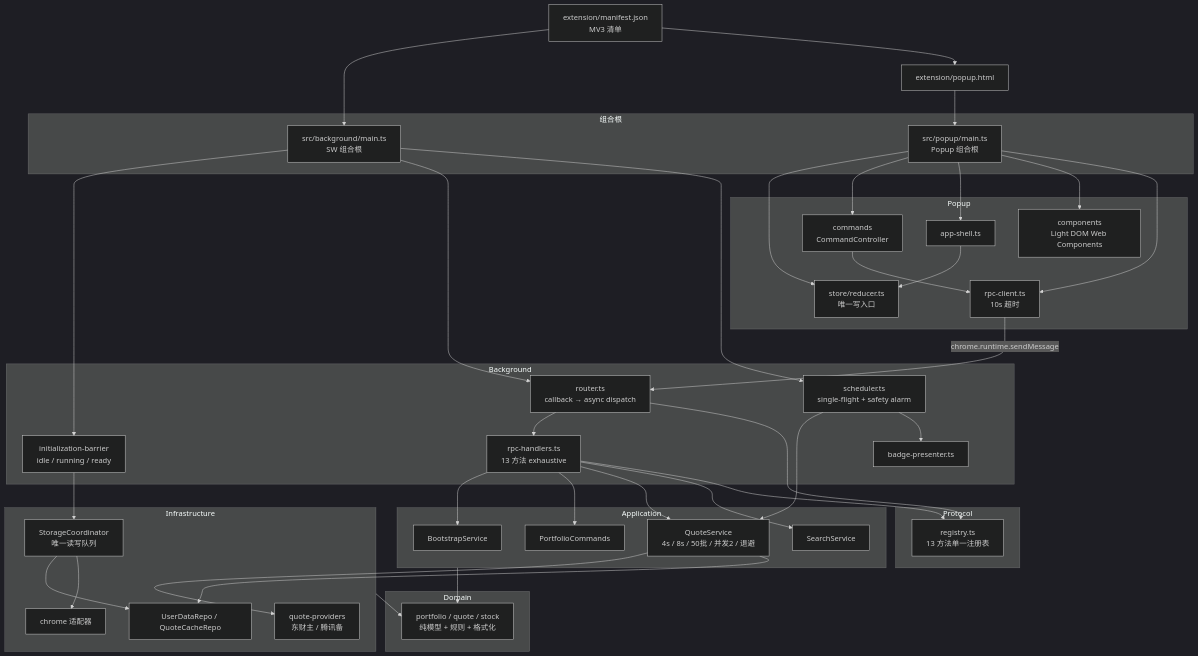
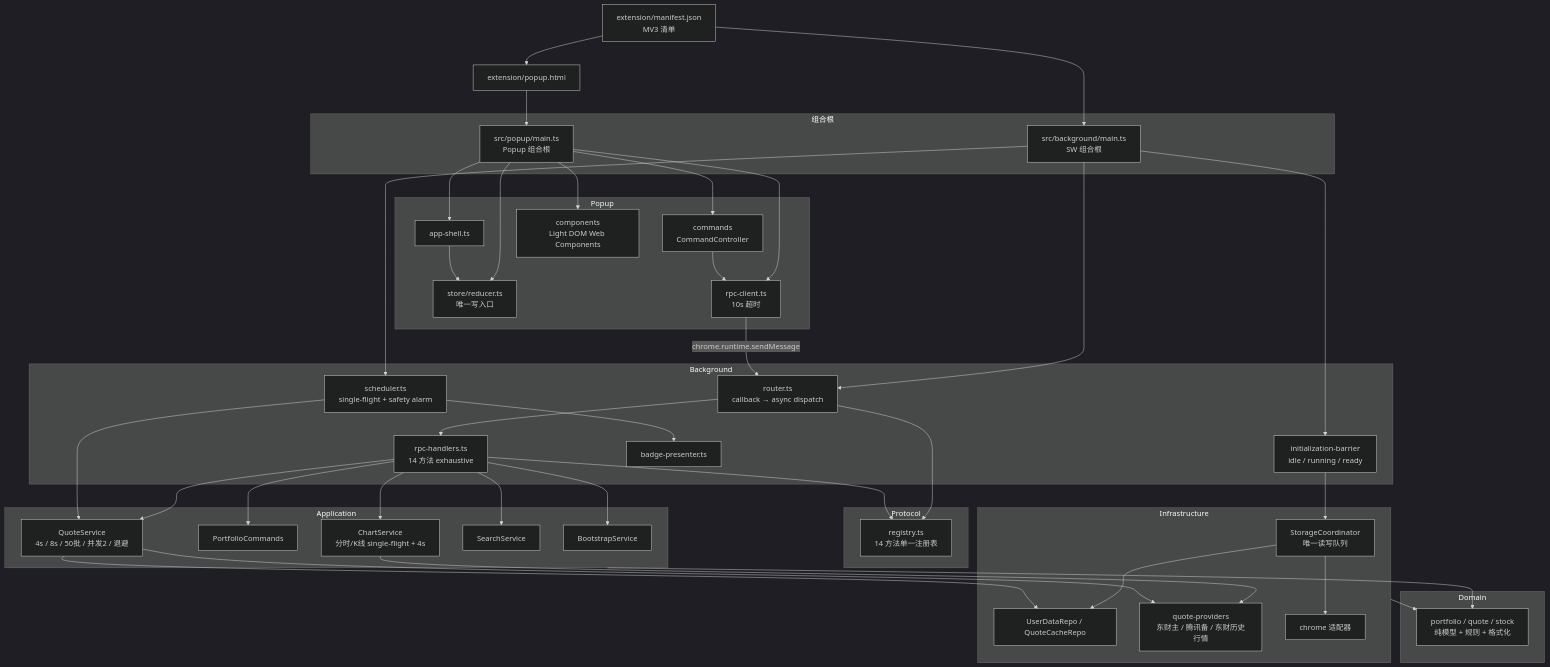
One commit to orxz/stock-alert-extension changed the diagram in docs/项目架构.md. Above: the diagram before and after it, drawn with Mermaid (dark theme). The commit also changed other lines of this file and 8 other files, not shown here.

````diff
--- a/docs/项目架构.md
+++ b/docs/项目架构.md
@@ -92,77 +93,80 @@
 ```mermaid
 graph TB
     Manifest["extension/manifest.json<br/>MV3 清单"]
     PopupHTML["extension/popup.html"]
     subgraph "组合根"
         BGMain["src/background/main.ts<br/>SW 组合根"]
         PopupMain["src/popup/main.ts<br/>Popup 组合根"]
     end
     subgraph "Background"
         Barrier["initialization-barrier<br/>idle / running / ready"]
         Router["router.ts<br/>callback → async dispatch"]
-        Handlers["rpc-handlers.ts<br/>13 方法 exhaustive"]
+        Handlers["rpc-handlers.ts<br/>14 方法 exhaustive"]
         Scheduler["scheduler.ts<br/>single-flight + safety alarm"]
         Badge["badge-presenter.ts"]
     end
     subgraph "Popup"
         AppShell["app-shell.ts"]
         Store["store/reducer.ts<br/>唯一写入口"]
         Commands["commands<br/>CommandController"]
         Components["components<br/>Light DOM Web Components"]
         RpcClient["rpc-client.ts<br/>10s 超时"]
     end
     subgraph "Application"
         Bootstrap["BootstrapService"]
         Portfolio["PortfolioCommands"]
         QuoteService["QuoteService<br/>4s / 8s / 50批 / 并发2 / 退避"]
         Search["SearchService"]
+        ChartService["ChartService<br/>分时/K线 single-flight + 4s"]
     end
     subgraph "Protocol"
-        Registry["registry.ts<br/>13 方法单一注册表"]
+        Registry["registry.ts<br/>14 方法单一注册表"]
     end
     subgraph "Infrastructure"
         Coordinator["StorageCoordinator<br/>唯一读写队列"]
         Repos["UserDataRepo / QuoteCacheRepo"]
-        Providers["quote-providers<br/>东财主 / 腾讯备"]
+        Providers["quote-providers<br/>东财主 / 腾讯备 / 东财历史行情"]
         ChromeAdapters["chrome 适配器"]
     end
     subgraph "Domain"
         DomainModels["portfolio / quote / stock<br/>纯模型 + 规则 + 格式化"]
     end
 
     Manifest --> BGMain
     Manifest --> PopupHTML
     PopupHTML --> PopupMain
 
     BGMain --> Barrier
     BGMain --> Router
     BGMain --> Scheduler
     Barrier --> Coordinator
     Router --> Handlers
     Handlers --> Bootstrap
     Handlers --> Portfolio
     Handlers --> QuoteService
     Handlers --> Search
+    Handlers --> ChartService
+    ChartService --> Providers
     Scheduler --> QuoteService
     Scheduler --> Badge
 
     Coordinator --> Repos
     QuoteService --> Providers
     QuoteService --> Repos
     Coordinator --> ChromeAdapters
 
     PopupMain --> Store
     PopupMain --> Commands
     PopupMain --> AppShell
     PopupMain --> Components
     PopupMain --> RpcClient
     Commands --> RpcClient
     AppShell --> Store
 
     RpcClient -->|"chrome.runtime.sendMessage"| Router
     Router --> Registry
     Handlers --> Registry
 
     Application --> DomainModels
     Infrastructure --> DomainModels
 ```
````
